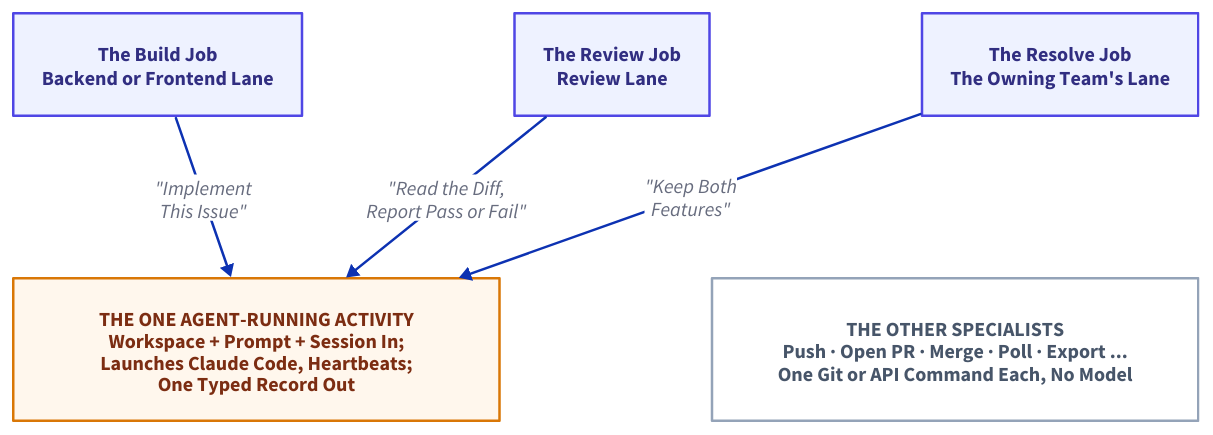
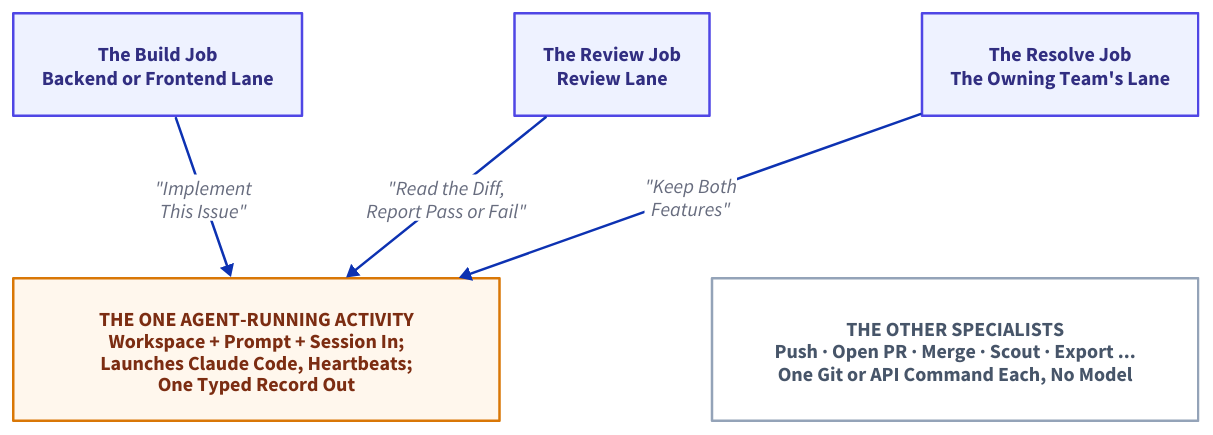
One commit to thumarrushik/crash-proof-team-of-coding-agents changed the diagram in assets/diagram-src/one-activity-many-roles.d2. Above: the diagram before and after it, drawn with D2. The commit also changed 4 other files, not shown here.

```diff
--- a/assets/diagram-src/one-activity-many-roles.d2
+++ b/assets/diagram-src/one-activity-many-roles.d2
@@ -1,33 +1,33 @@
 # One agent-running activity, many roles: the build, review, and resolve jobs
 # all call the SAME sealed function with different arguments (prompt, skills,
 # queue); every other specialist is a mechanical git/API command with no model.
 # NEW for the flagship (2026-09-02): drawn for the "a role is a set of
 # arguments" passage in Nine Specialists. 3+2 grid, callers on top.
 grid-rows: 2
 horizontal-gap: 170
 vertical-gap: 130
 
 build: "The Build Job\nBackend or Frontend Lane" {
   style: {fill: "#eef2ff"; stroke: "#4f46e5"; font-color: "#312e81"; bold: true}
 }
 review: "The Review Job\nReview Lane" {
   style: {fill: "#eef2ff"; stroke: "#4f46e5"; font-color: "#312e81"; bold: true}
 }
 resolve: "The Resolve Job\nThe Owning Team's Lane" {
   style: {fill: "#eef2ff"; stroke: "#4f46e5"; font-color: "#312e81"; bold: true}
 }
 
 agent: "THE ONE AGENT-RUNNING ACTIVITY\nWorkspace + Prompt + Session In;\nLaunches Claude Code, Heartbeats;\nOne Typed Record Out" {
   style: {fill: "#fff7ed"; stroke: "#d97706"; font-color: "#7c2d12"; bold: true}
 }
 # "THE OTHER SPECIALISTS ... " with a trailing ellipsis: the roster has eight
 # non-model activities; this panel samples five and must not read as exhaustive.
-mech: "THE OTHER SPECIALISTS\nPush · Open PR · Merge · Poll · Export ...\nOne Git or API Command Each, No Model" {
+mech: "THE OTHER SPECIALISTS\nPush · Open PR · Merge · Scout · Export ...\nOne Git or API Command Each, No Model" {
   style: {fill: "#ffffff"; stroke: "#94a3b8"; font-color: "#475569"; bold: true}
 }
 
 # No caller->mech edges: they crossed the solid arrows and their labels
 # collided; the mech box stands as the contrast panel, its text carrying it.
 build -> agent: "\"Implement\nThis Issue\""
 review -> agent: "\"Read the Diff,\nReport Pass or Fail\""
 resolve -> agent: "\"Keep Both\nFeatures\""
```
